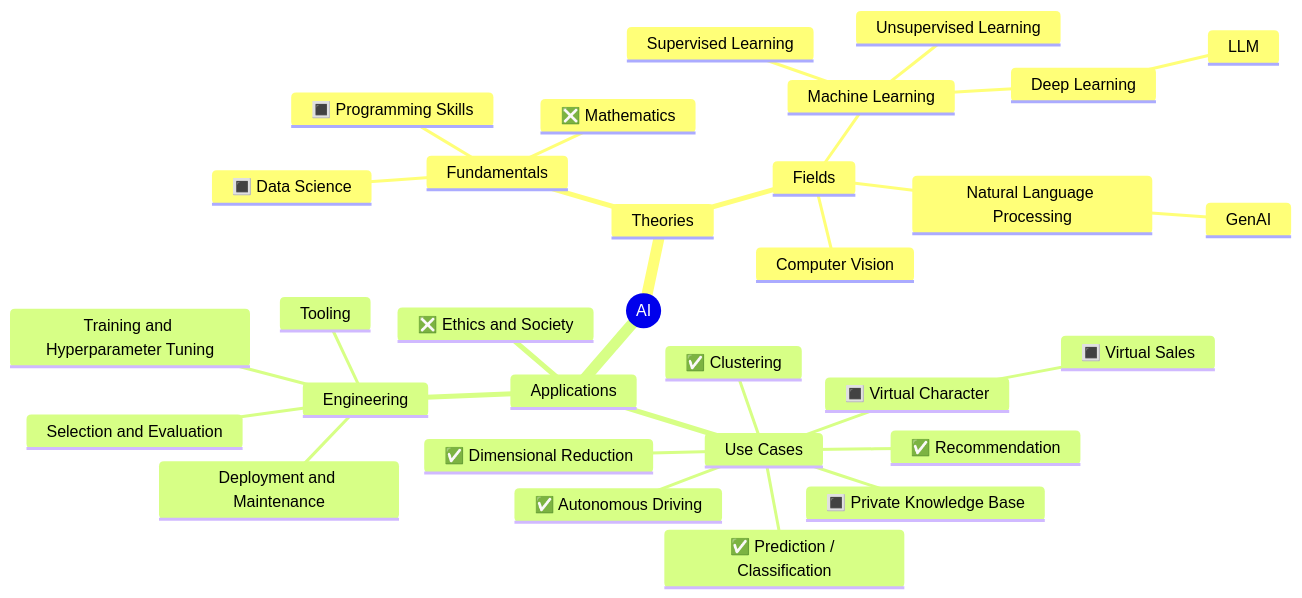
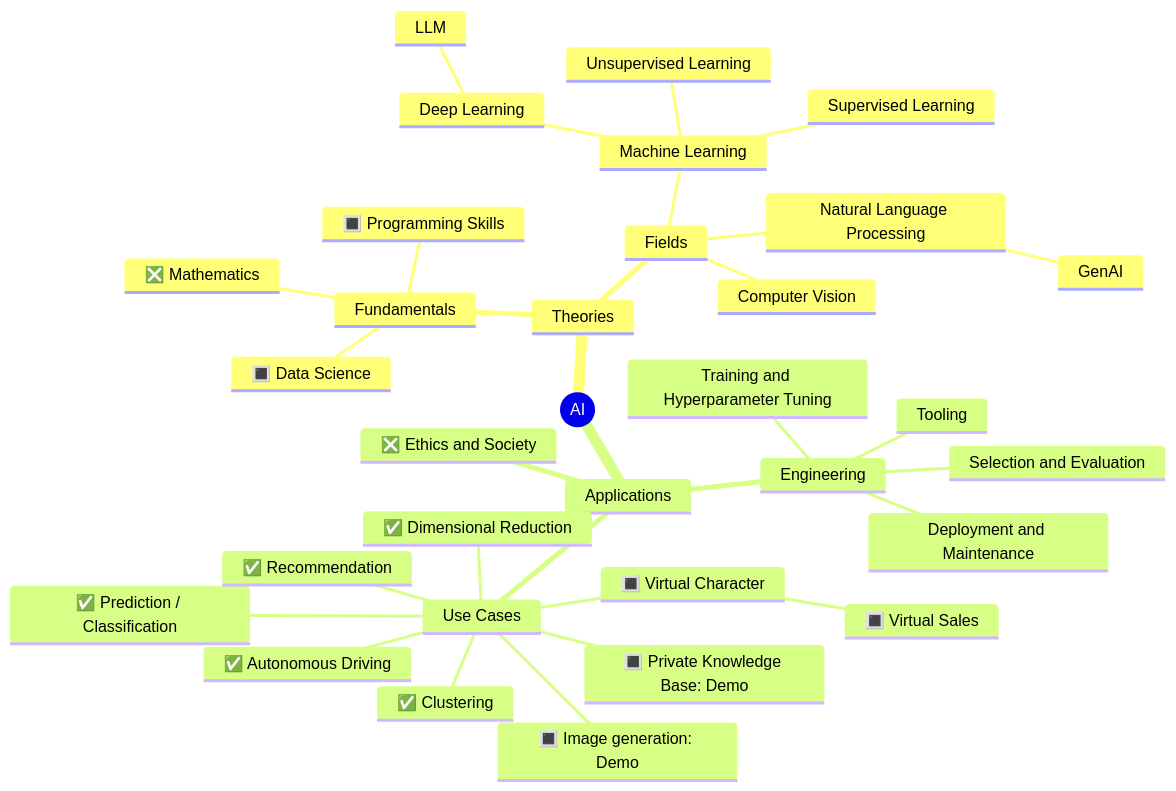
The diagram in README.md (weirong2/ai-odyssey), drawn with Mermaid before and after one commit.

Commit message:
add 2 use cases that will be presented by demo

````diff
--- a/README.md
+++ b/README.md
@@ -5,34 +5,35 @@
 ```mermaid
 mindmap
   root((AI))
     Theories
       Fundamentals
         ❎ Mathematics
         🔳 Programming Skills
         🔳 Data Science
       Fields
         Machine Learning
           Supervised Learning
           Unsupervised Learning
           Deep Learning
             LLM
         Natural Language Processing
           GenAI
         Computer Vision
     Applications
       Use Cases
         ✅ Prediction / Classification
         ✅ Clustering
         ✅ Dimensional Reduction
         ✅ Recommendation
         ✅ Autonomous Driving
         🔳 Virtual Character
           🔳 Virtual Sales
-        🔳 Private Knowledge Base
+        🔳 Private Knowledge Base: Demo
+        🔳 Image generation: Demo
       Engineering
         Tooling
         Selection and Evaluation
         Training and Hyperparameter Tuning
         Deployment and Maintenance
       ❎ Ethics and Society
 ```
````
